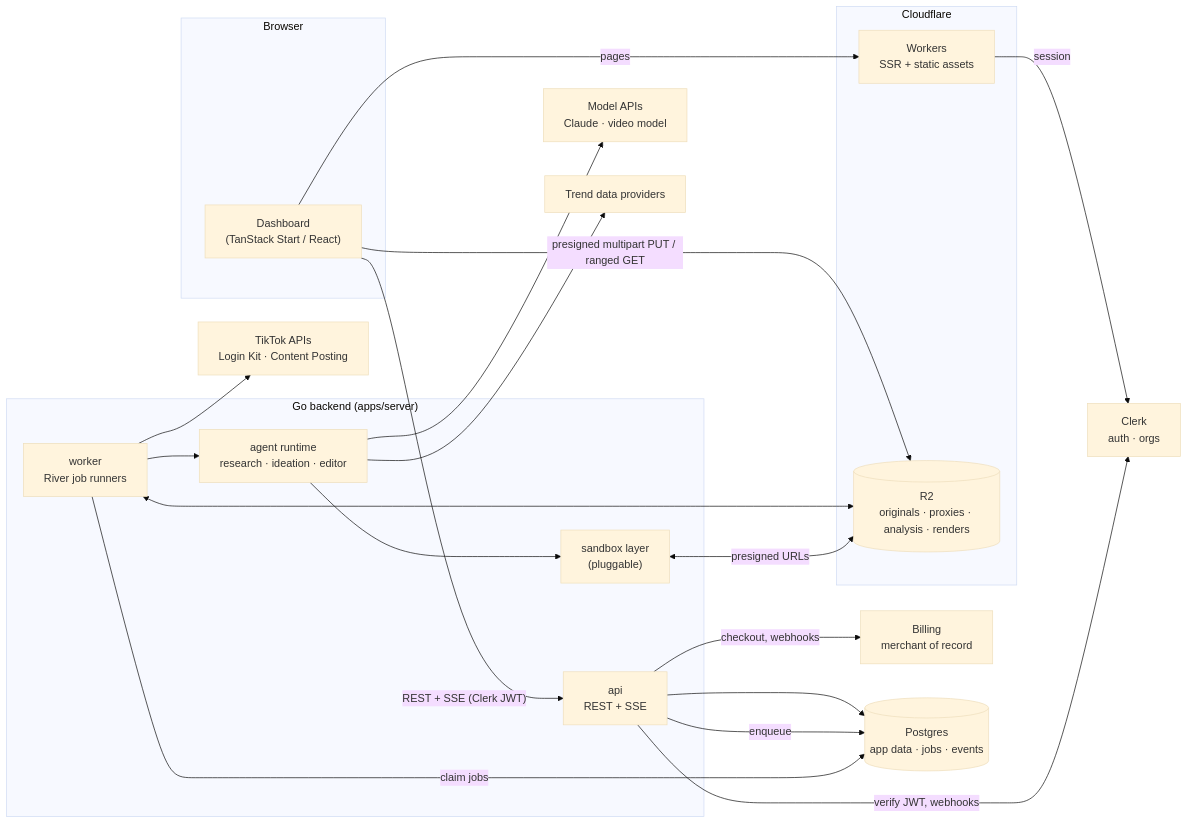
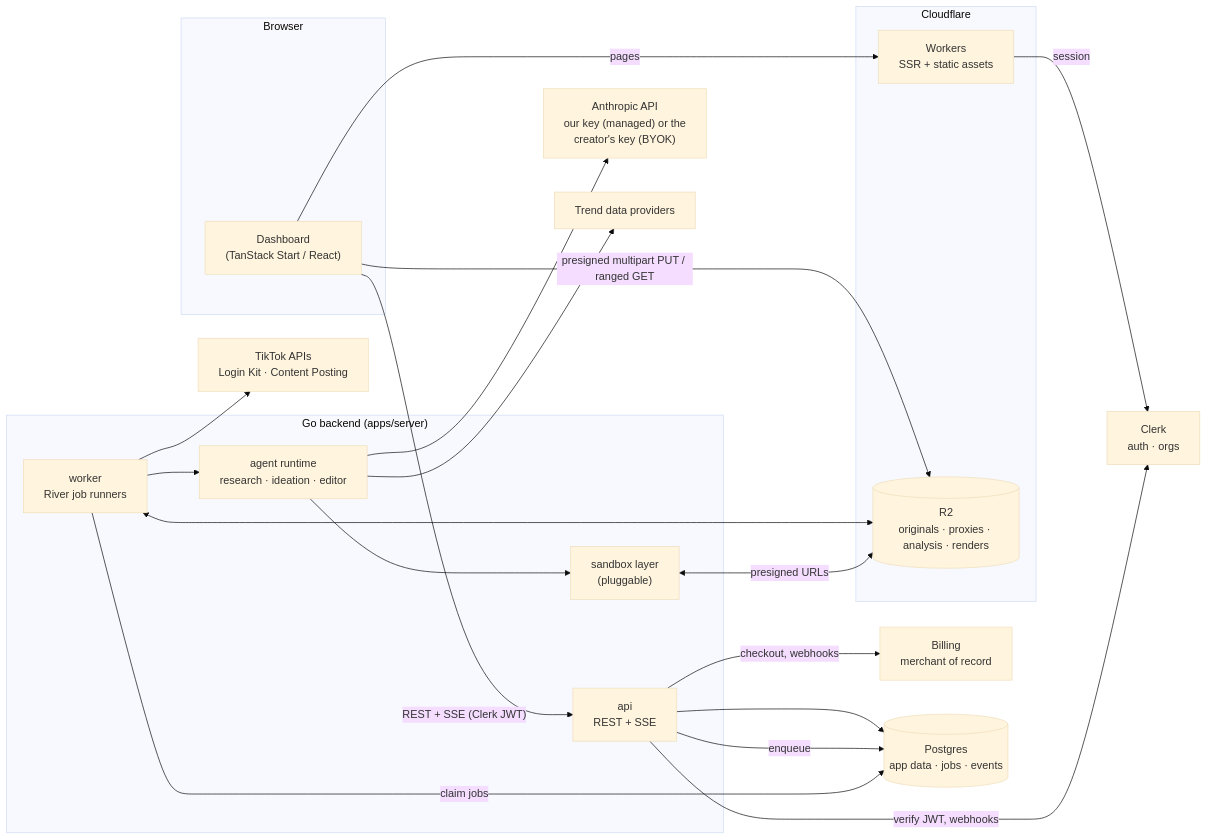
One commit to nilpntr/content-fabrique changed the first of 4 diagrams in docs/03-architecture.md. Above: the diagram before and after it, drawn with Mermaid (base theme). The commit also changed other lines of this file and 5 other files, not shown here.

First line of the commit message:
docs: record model routing and BYOK/managed billing decisions

````diff
--- a/docs/03-architecture.md
+++ b/docs/03-architecture.md
@@ -16,43 +18,43 @@
 ```mermaid
 flowchart LR
   subgraph Client[Browser]
     UI["Dashboard<br/>(TanStack Start / React)"]
   end
 
   subgraph CF[Cloudflare]
     WEB["Workers<br/>SSR + static assets"]
     R2[("R2<br/>originals · proxies · analysis · renders")]
   end
 
   CLERK["Clerk<br/>auth · orgs"]
   BILL["Billing<br/>merchant of record"]
 
   subgraph BE["Go backend (apps/server)"]
     API["api<br/>REST + SSE"]
     WRK["worker<br/>River job runners"]
     AGT["agent runtime<br/>research · ideation · editor"]
     SBX["sandbox layer<br/>(pluggable)"]
   end
 
   PG[("Postgres<br/>app data · jobs · events")]
-  LLM["Model APIs<br/>Claude · video model"]
+  LLM["Anthropic API<br/>our key (managed) or the<br/>creator's key (BYOK)"]
   TRD["Trend data providers"]
   TT["TikTok APIs<br/>Login Kit · Content Posting"]
 
   UI -->|pages| WEB
   WEB -->|session| CLERK
   UI -->|"REST + SSE (Clerk JWT)"| API
   UI -->|"presigned multipart PUT / ranged GET"| R2
   API --> PG
   API -->|verify JWT, webhooks| CLERK
   API -->|checkout, webhooks| BILL
   API -->|enqueue| PG
   WRK -->|claim jobs| PG
   WRK <--> R2
   WRK --> AGT
   AGT --> LLM
   AGT --> TRD
   AGT --> SBX
   SBX <-->|presigned URLs| R2
   WRK --> TT
 ```
````
